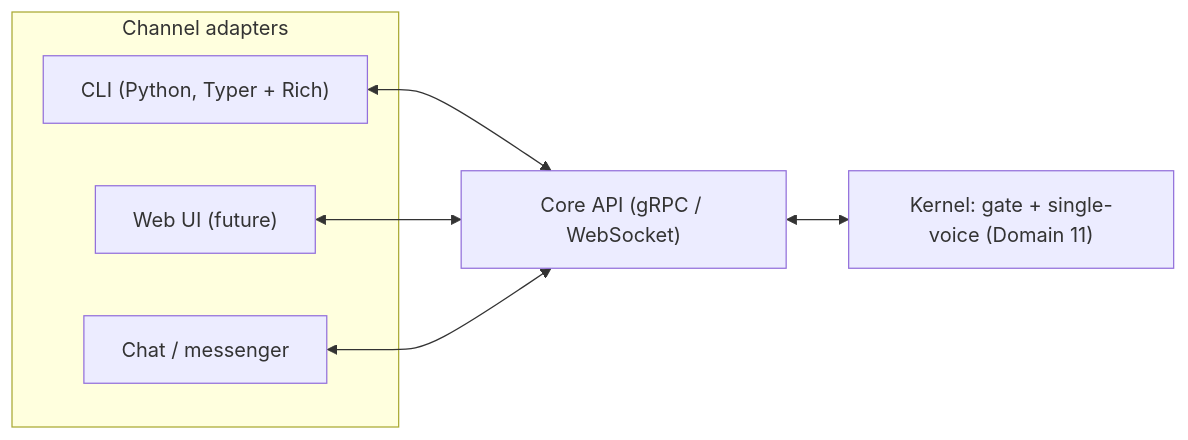
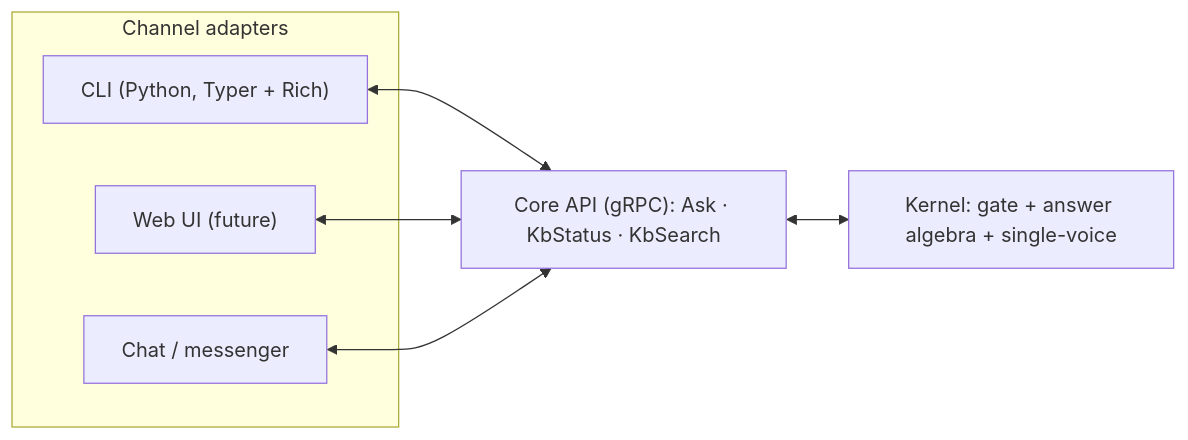
One commit to wefts/swarm changed the fifth of 8 diagrams in docs/system_architecture.md. Above: the diagram before and after it, drawn with Mermaid. The commit also changed other lines of this file and 6 other files, not shown here.

````diff
--- a/docs/system_architecture.md
+++ b/docs/system_architecture.md
@@ -295,15 +537,15 @@
 ```mermaid
 flowchart LR
     subgraph Fronts["Channel adapters"]
         CLI["CLI (Python, Typer + Rich)"]
         WEB["Web UI (future)"]
         CHAT["Chat / messenger"]
     end
-    API["Core API (gRPC / WebSocket)"]
-    KERNEL["Kernel: gate + single-voice (Domain 11)"]
+    API["Core API (gRPC): Ask · KbStatus · KbSearch"]
+    KERNEL["Kernel: gate + answer algebra + single-voice"]
 
     CLI <--> API
     WEB <--> API
     CHAT <--> API
     API <--> KERNEL
 ```
````
